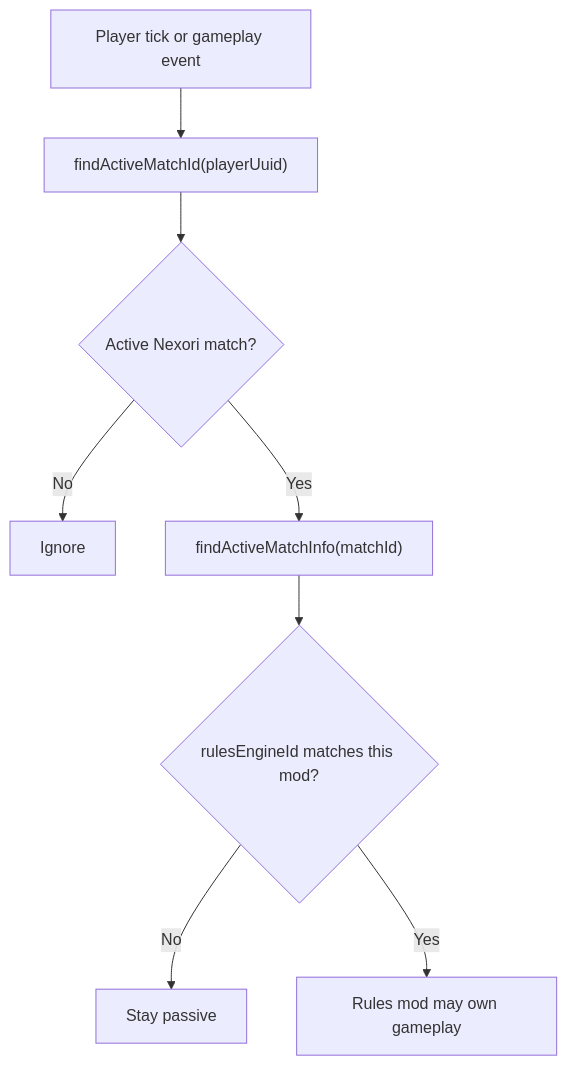
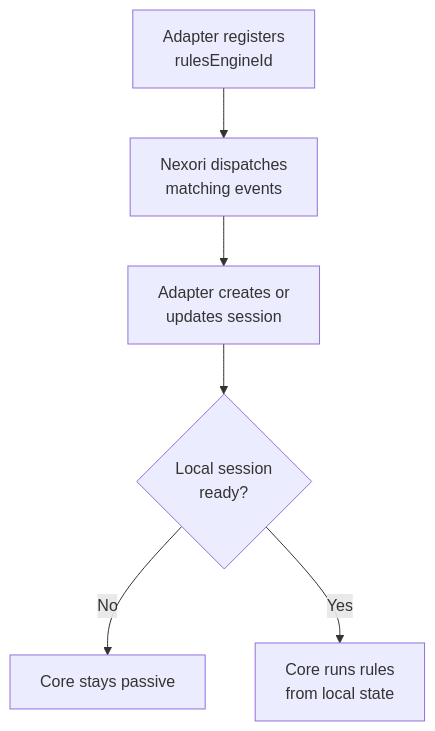
One commit to hyjn-nexori/nexori-docs changed the diagram in docs/concepts/rules-mod-ownership.md. Above: the diagram before and after it, drawn with Mermaid. The commit also changed other lines of this file and 11 other files, not shown here.

````diff
--- a/docs/concepts/rules-mod-ownership.md
+++ b/docs/concepts/rules-mod-ownership.md
@@ -23,10 +27,8 @@
 ```mermaid
 flowchart TD
-    A["Player tick or gameplay event"] --> B["findActiveMatchId(playerUuid)"]
-    B --> C{"Active Nexori match?"}
-    C -- "No" --> D["Ignore"]
-    C -- "Yes" --> E["findActiveMatchInfo(matchId)"]
-    E --> F{"rulesEngineId matches this mod?"}
-    F -- "No" --> G["Stay passive"]
-    F -- "Yes" --> H["Rules mod may own gameplay"]
+    A["Adapter registers<br/>rulesEngineId"] --> B["Nexori dispatches<br/>matching events"]
+    B --> C["Adapter creates or<br/>updates session"]
+    C --> D{"Local session<br/>ready?"}
+    D -- "No" --> E["Core stays passive"]
+    D -- "Yes" --> F["Core runs rules<br/>from local state"]
 ```
````
